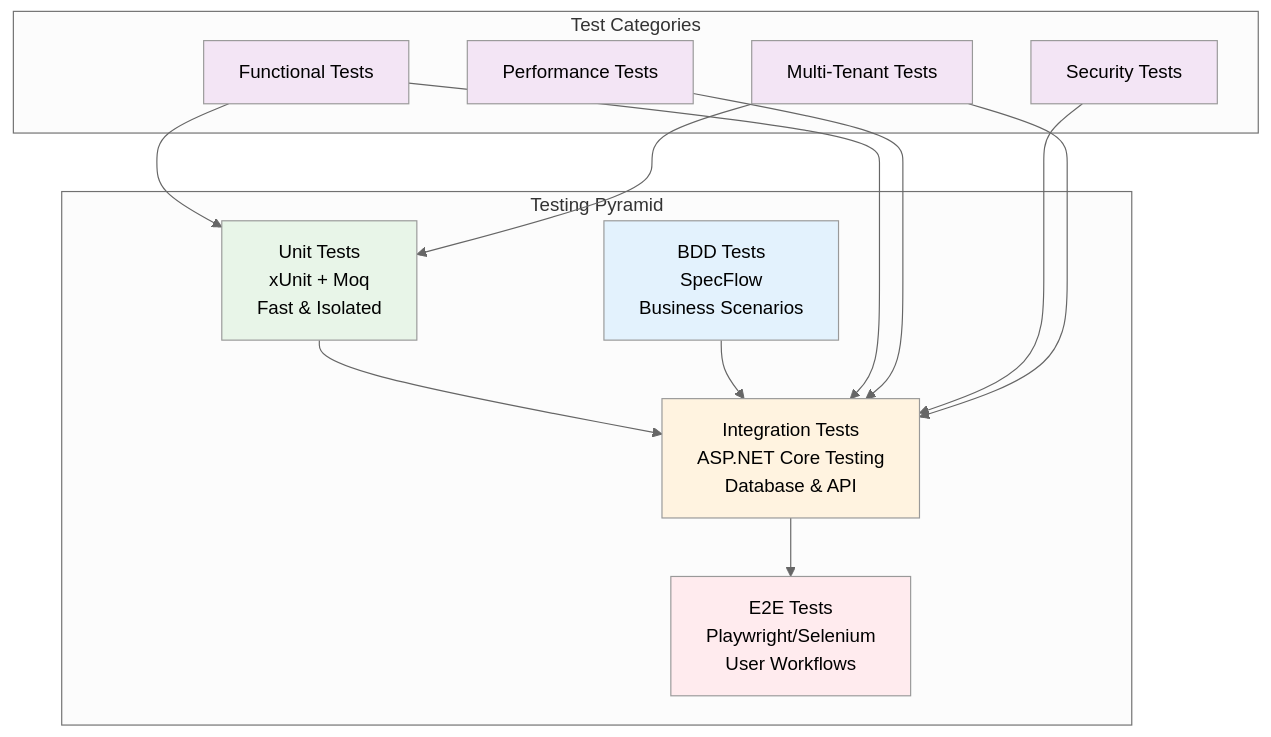
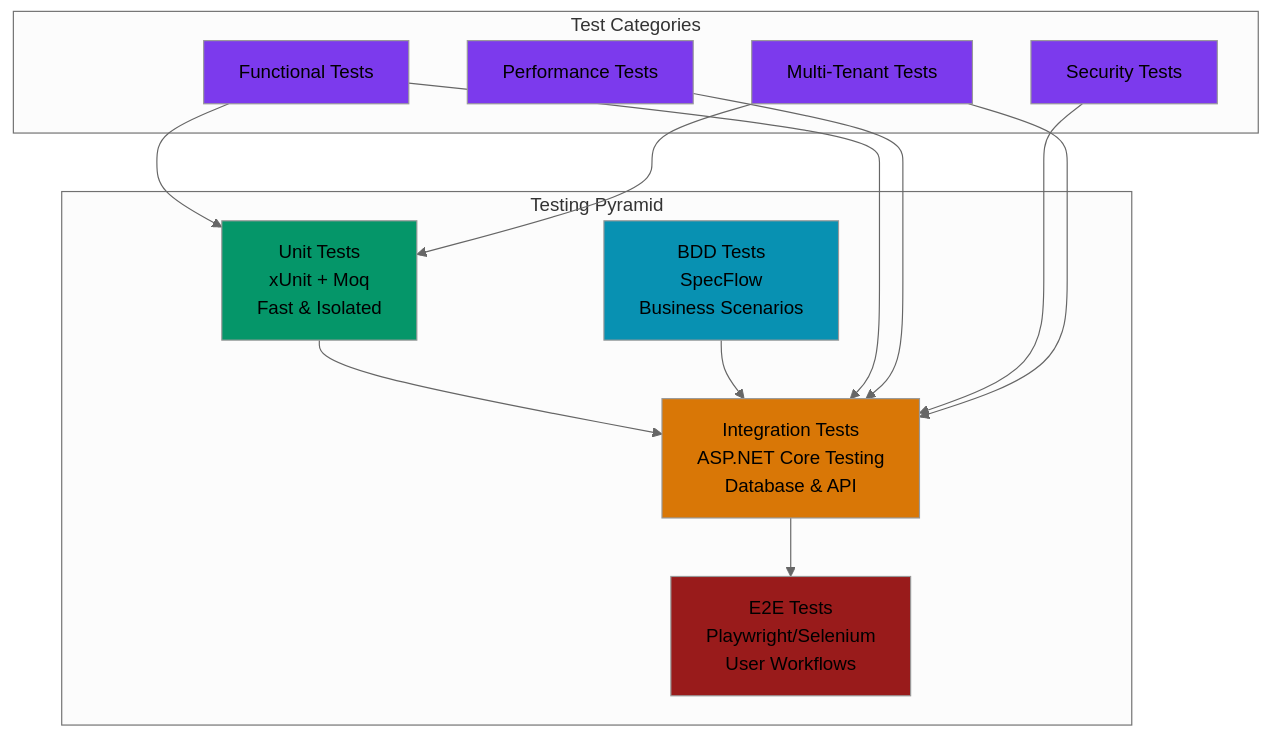
Before and after one commit to nithinmohantk/dotnet-multi-tenant-saas-boilerplate-with-advanced-features: the ninth of 11 diagrams in README.md, drawn with Mermaid (neutral theme). The commit also changed other lines of this file, not shown here.

````diff
--- a/README.md
+++ b/README.md
@@ -727,36 +734,36 @@
 ```mermaid
 graph TB
     subgraph "Testing Pyramid"
         Unit[Unit Tests<br/>xUnit + Moq<br/>Fast & Isolated]
         Integration[Integration Tests<br/>ASP.NET Core Testing<br/>Database & API]
         E2E[E2E Tests<br/>Playwright/Selenium<br/>User Workflows]
         BDD[BDD Tests<br/>SpecFlow<br/>Business Scenarios]
     end
     
     subgraph "Test Categories"
         Functional[Functional Tests]
         Performance[Performance Tests]
         Security[Security Tests]
         MultiTenant[Multi-Tenant Tests]
     end
     
     Unit --> Integration
     Integration --> E2E
     BDD --> Integration
     
     Functional --> Unit
     Functional --> Integration
     Performance --> Integration
     Security --> Integration
     MultiTenant --> Unit
     MultiTenant --> Integration
     
-    style Unit fill:#e8f5e8
-    style Integration fill:#fff3e0
-    style E2E fill:#ffebee
-    style BDD fill:#e3f2fd
-    style Functional fill:#f3e5f5
-    style Performance fill:#f3e5f5
-    style Security fill:#f3e5f5
-    style MultiTenant fill:#f3e5f5
+    style Unit fill:#059669
+    style Integration fill:#d97706
+    style E2E fill:#991b1b
+    style BDD fill:#0891b2
+    style Functional fill:#7c3aed
+    style Performance fill:#7c3aed
+    style Security fill:#7c3aed
+    style MultiTenant fill:#7c3aed
 ```
````
